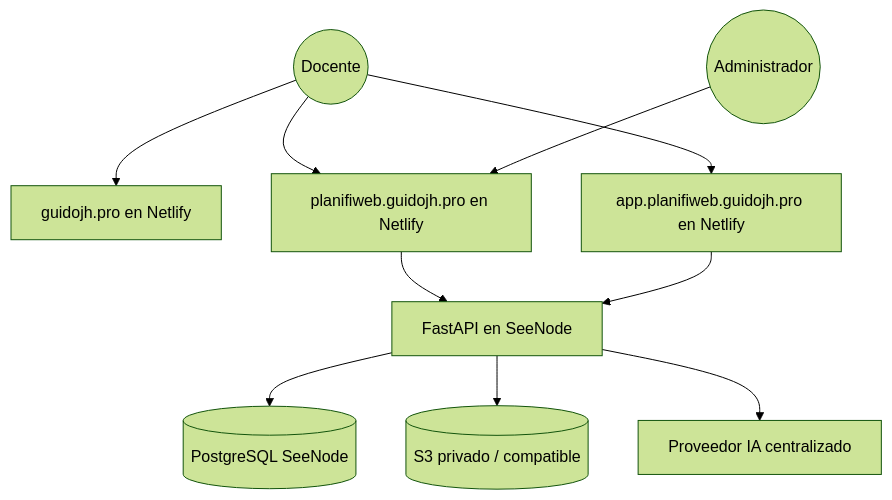
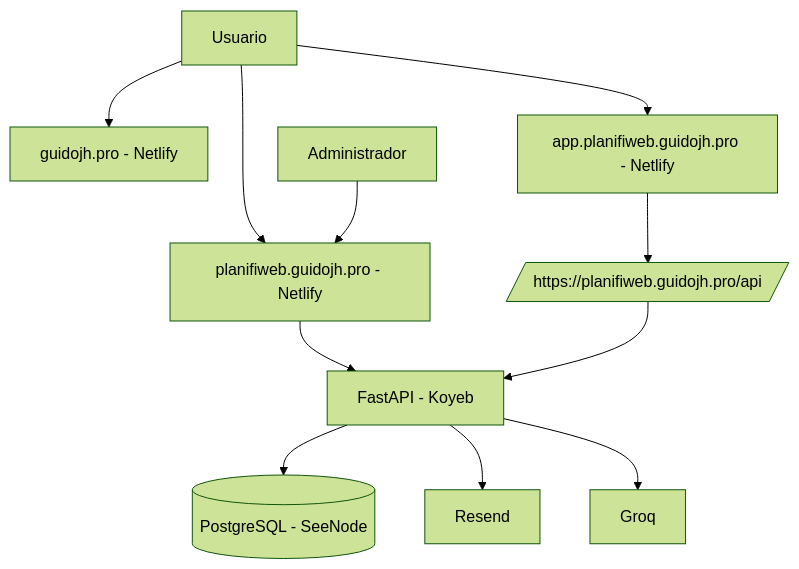
The diagram in DOCUMENTACION.md (GuidoCJH/planifiweb-gateway), drawn with Mermaid (forest theme) before and after one commit. The commit also changed other lines of this file and 6 other files, not shown here.

````diff
--- a/DOCUMENTACION.md
+++ b/DOCUMENTACION.md
@@ -15,12 +17,13 @@
 ```mermaid
 graph TD
-    User((Docente)) --> Hub[guidojh.pro en Netlify]
-    User --> Gateway[planifiweb.guidojh.pro en Netlify]
-    User --> App[app.planifiweb.guidojh.pro en Netlify]
-    Gateway --> API[FastAPI en SeeNode]
-    App --> API
-    API --> DB[(PostgreSQL SeeNode)]
-    API --> Storage[(S3 privado / compatible)]
-    API --> AI[Proveedor IA centralizado]
-    Admin((Administrador)) --> Gateway
+    U[Usuario] --> HUB[guidojh.pro - Netlify]
+    U --> GW[planifiweb.guidojh.pro - Netlify]
+    U --> APP[app.planifiweb.guidojh.pro - Netlify]
+    GW --> API[FastAPI - Koyeb]
+    APP --> GWAPI[/https://planifiweb.guidojh.pro/api/]
+    GWAPI --> API
+    API --> DB[(PostgreSQL - SeeNode)]
+    API --> MAIL[Resend]
+    API --> AI[Groq]
+    ADMIN[Administrador] --> GW
 ```
````
